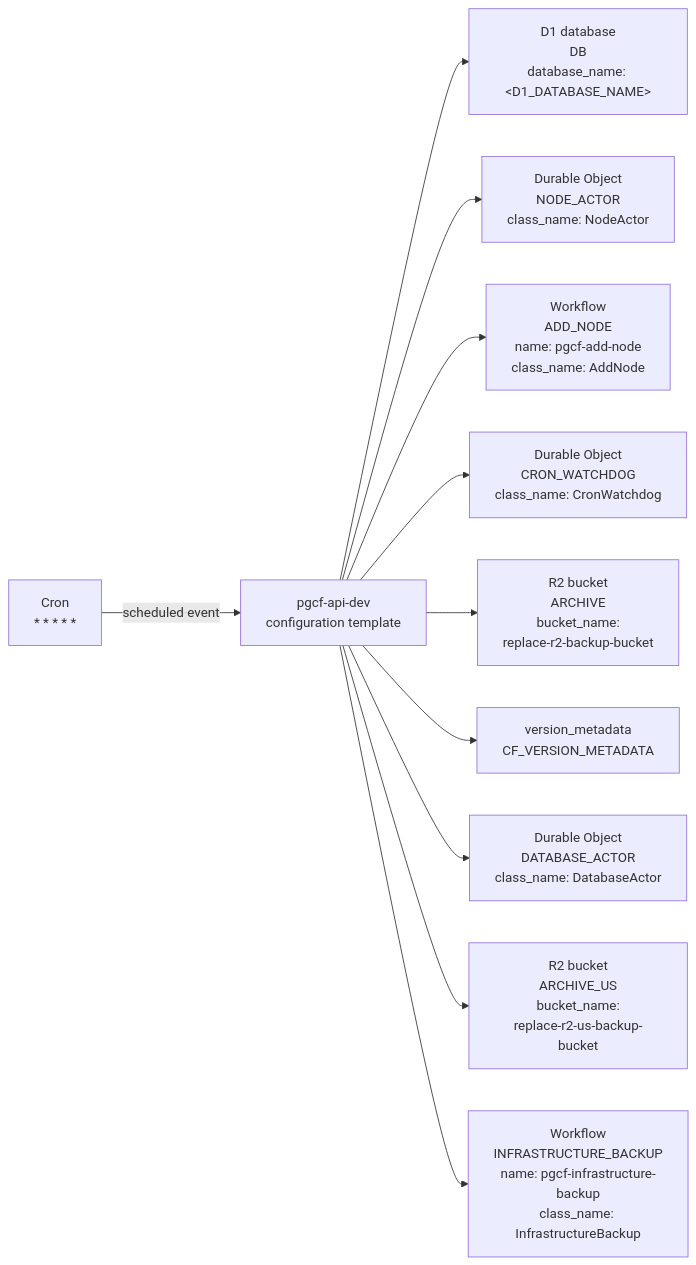
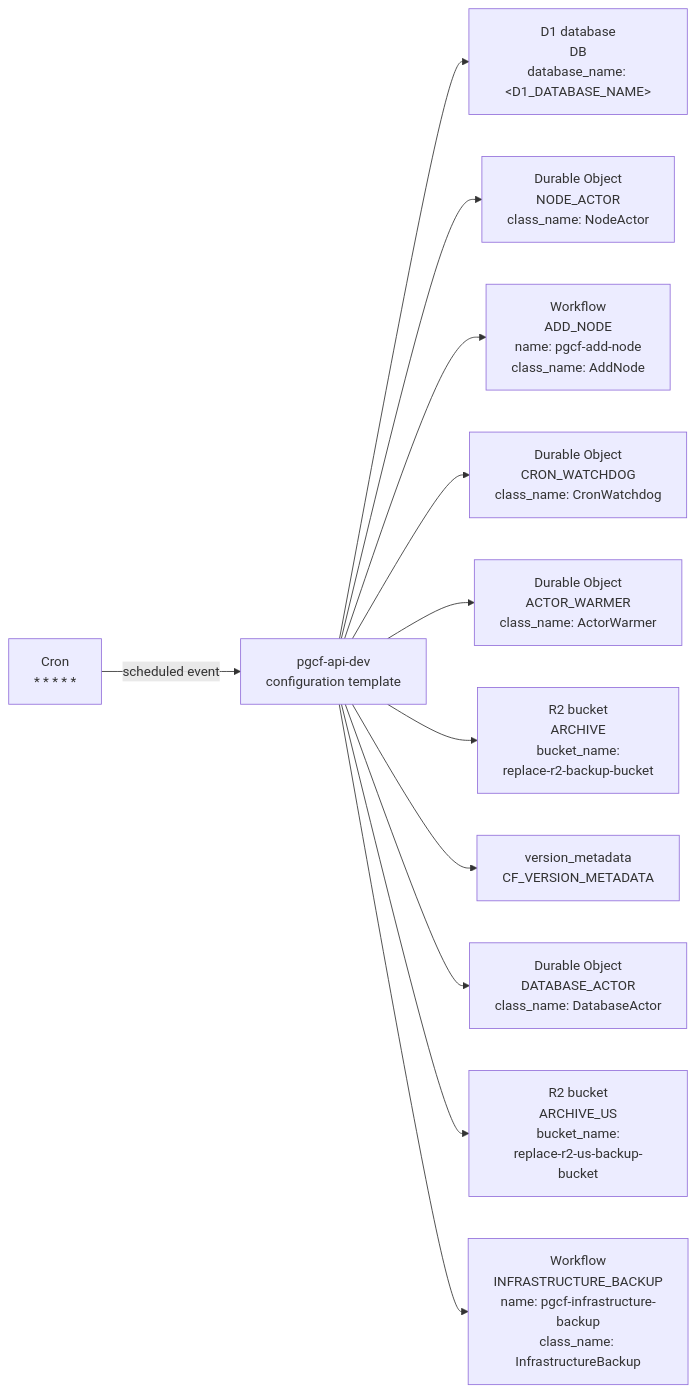
Before and after one commit to amerged-org/cloudflare-postgres: the diagram in docs/architecture/mermaider/api-resources.mmd, drawn with Mermaid. The commit also changed 19 other files, not shown here.

```diff
--- a/docs/architecture/mermaider/api-resources.mmd
+++ b/docs/architecture/mermaider/api-resources.mmd
@@ -1,22 +1,24 @@
 flowchart LR
+    n_1d7911e4e1b9["Durable Object<br/>ACTOR_WARMER<br/>class_name: ActorWarmer"]
     n_839713e89618["Cron<br/>* * * * *"]
     n_f305dbc12c79["D1 database<br/>DB<br/>database_name: #60;D1_DATABASE_NAME#62;"]
     n_049ba2d64372["Workflow<br/>ADD_NODE<br/>name: pgcf-add-node<br/>class_name: AddNode"]
     n_36ffcdc5f79f["Workflow<br/>INFRASTRUCTURE_BACKUP<br/>name: pgcf-infrastructure-backup<br/>class_name: InfrastructureBackup"]
     n_85c654928d8c["version_metadata<br/>CF_VERSION_METADATA"]
     n_71083a5197e9["R2 bucket<br/>ARCHIVE<br/>bucket_name:<br/>replace-r2-backup-bucket"]
     n_12eaf448c6b2["R2 bucket<br/>ARCHIVE_US<br/>bucket_name:<br/>replace-r2-us-backup-bucket"]
     n_056b63fe76be["Durable Object<br/>DATABASE_ACTOR<br/>class_name: DatabaseActor"]
     n_d0efe52f1f47["Durable Object<br/>CRON_WATCHDOG<br/>class_name: CronWatchdog"]
     n_7a30182df25a["pgcf-api-dev<br/>configuration template"]
     n_260ca5b8b289["Durable Object<br/>NODE_ACTOR<br/>class_name: NodeActor"]
     n_7a30182df25a --> n_f305dbc12c79
     n_7a30182df25a --> n_260ca5b8b289
     n_839713e89618 -->|"scheduled event"| n_7a30182df25a
     n_7a30182df25a --> n_049ba2d64372
     n_7a30182df25a --> n_d0efe52f1f47
+    n_7a30182df25a --> n_1d7911e4e1b9
     n_7a30182df25a --> n_71083a5197e9
     n_7a30182df25a --> n_85c654928d8c
     n_7a30182df25a --> n_056b63fe76be
     n_7a30182df25a --> n_12eaf448c6b2
     n_7a30182df25a --> n_36ffcdc5f79f
```
